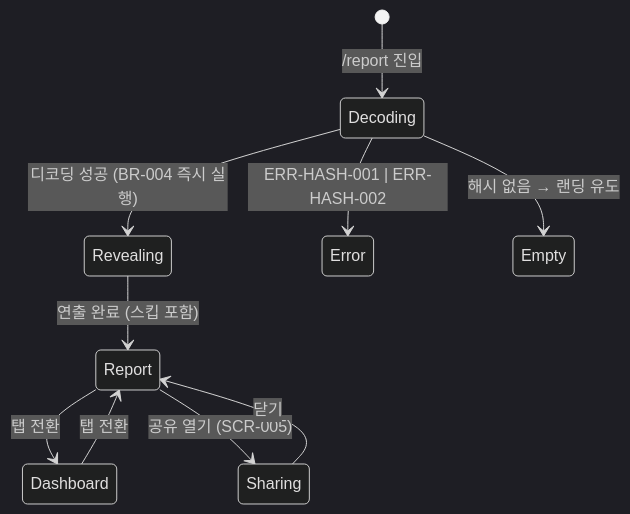
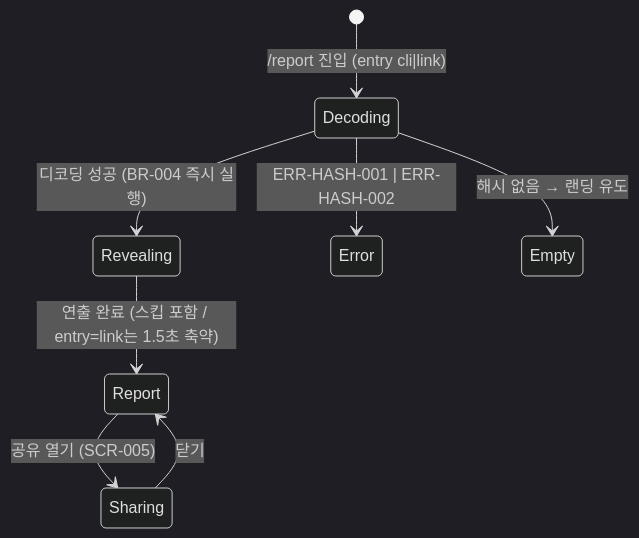
One commit to kjjyyy01/scored changed the diagram in docs/prd/08_도메인규칙_상태전이.md. Above: the diagram before and after it, drawn with Mermaid (dark theme). The commit also changed other lines of this file and 22 other files, not shown here.

First line of the commit message:
docs: grill 확정 반영 — 하루 단위 스탯 카드+등급(Readme Stats 은유), 7일 컨텍스트, /report 스크롤 페이지, 로컬 대화 리포트 HTML(CLI), BR-009~011, 05 스키마 개정, 연출·재방문 확정

````diff
--- a/docs/prd/08_도메인규칙_상태전이.md
+++ b/docs/prd/08_도메인규칙_상태전이.md
@@ -20,12 +23,10 @@
 ```mermaid
 stateDiagram-v2
-    [*] --> Decoding: /report 진입
+    [*] --> Decoding: /report 진입 (entry cli|link)
     Decoding --> Revealing: 디코딩 성공 (BR-004 즉시 실행)
     Decoding --> Error: ERR-HASH-001 | ERR-HASH-002
     Decoding --> Empty: 해시 없음 → 랜딩 유도
-    Revealing --> Report: 연출 완료 (스킵 포함)
-    Report --> Dashboard: 탭 전환
-    Dashboard --> Report: 탭 전환
+    Revealing --> Report: 연출 완료 (스킵 포함 / entry=link는 1.5초 축약)
     Report --> Sharing: 공유 열기 (SCR-005)
     Sharing --> Report: 닫기
 ```
````
